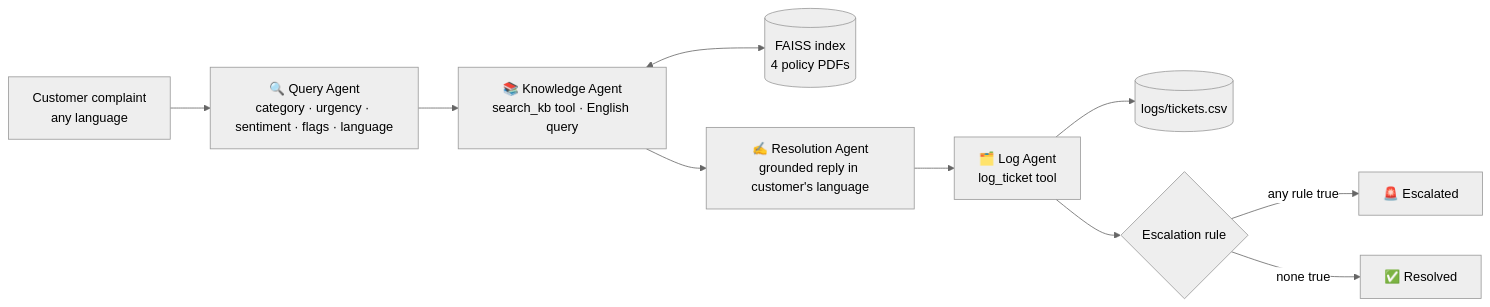
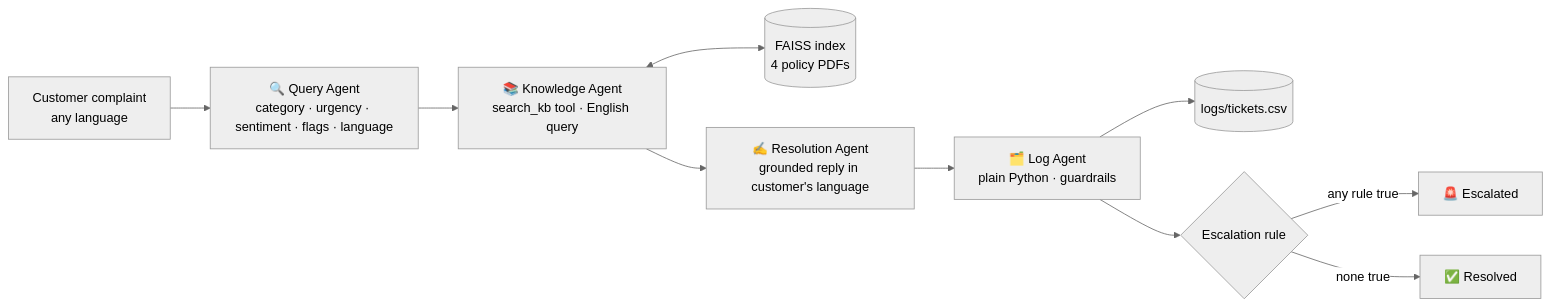
The diagram in README.md (pdineshkumar55/customer-support-agents-autogen), drawn with Mermaid (neutral theme) before and after one commit. The commit also changed other lines of this file and 5 other files, not shown here.

First line of the commit message:
Make the Log Agent plain Python, plus small fixes

````diff
--- a/README.md
+++ b/README.md
@@ -36,12 +36,12 @@
 ```mermaid
 flowchart LR
     U[Customer complaint<br/>any language] --> Q[🔍 Query Agent<br/>category · urgency · sentiment · flags · language]
     Q --> K[📚 Knowledge Agent<br/>search_kb tool · English query]
     K <--> F[(FAISS index<br/>4 policy PDFs)]
     K --> R[✍️ Resolution Agent<br/>grounded reply in customer's language]
-    R --> L[🗂️ Log Agent<br/>log_ticket tool]
+    R --> L[🗂️ Log Agent<br/>plain Python · guardrails]
     L --> C[(logs/tickets.csv)]
     L --> D{Escalation rule}
     D -->|any rule true| E[🚨 Escalated]
     D -->|none true| S[✅ Resolved]
 ```
````
